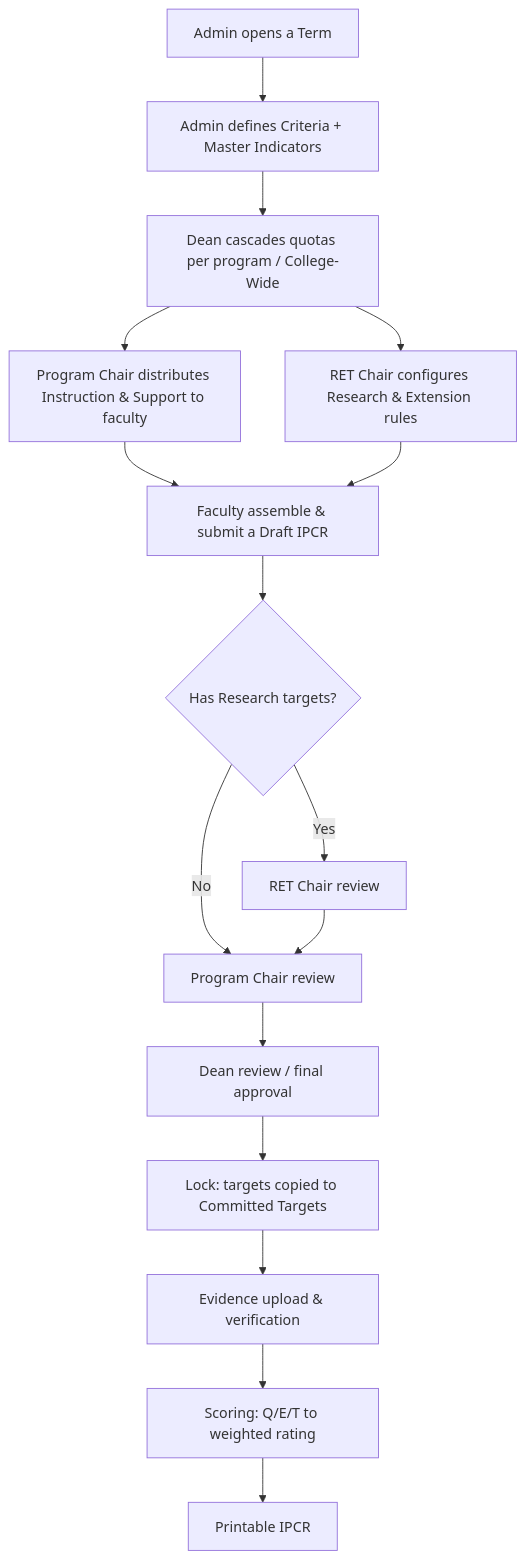
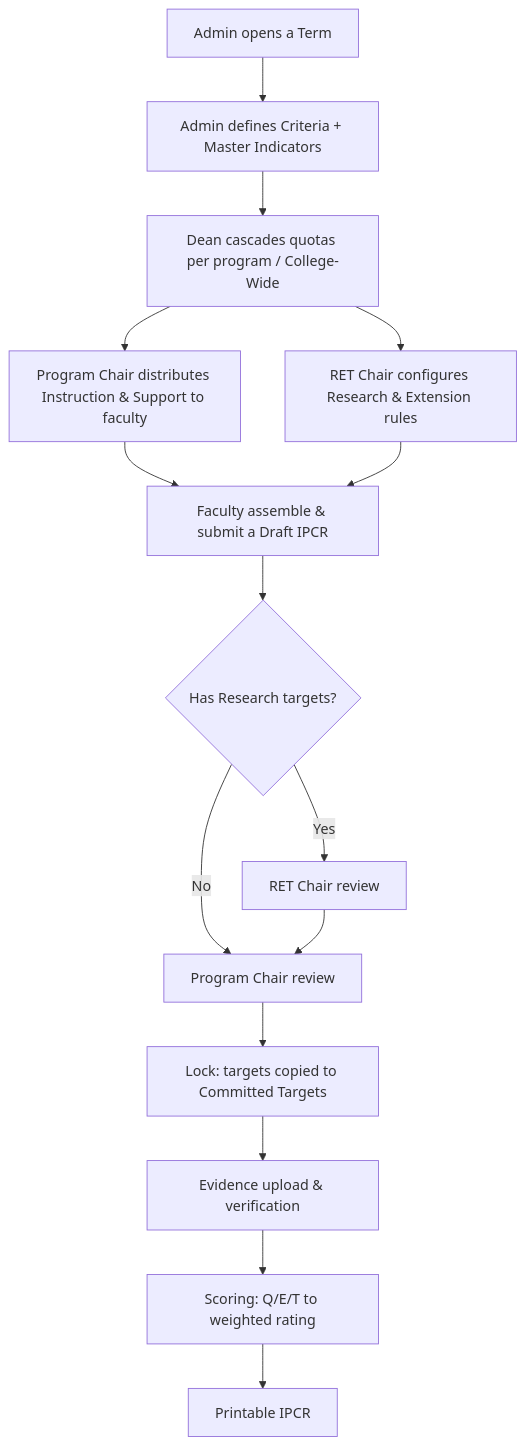
The diagram in wiki/pages/getting-started/03-how-the-system-works.md (dipcr/Management-PCR), drawn with Mermaid before and after one commit. The commit also changed other lines of this file and 11 other files, not shown here.

First line of the commit message:
Docs: clarify Dean approval flow and evidence verification responsibilities

````diff
--- a/wiki/pages/getting-started/03-how-the-system-works.md
+++ b/wiki/pages/getting-started/03-how-the-system-works.md
@@ -6,18 +6,17 @@
 ```mermaid
 flowchart TD
     A[Admin opens a Term] --> B[Admin defines Criteria + Master Indicators]
     B --> C[Dean cascades quotas per program / College-Wide]
     C --> D[Program Chair distributes Instruction & Support to faculty]
     C --> E[RET Chair configures Research & Extension rules]
     D --> F[Faculty assemble & submit a Draft IPCR]
     E --> F
     F --> G{Has Research targets?}
     G -- Yes --> H[RET Chair review]
     G -- No --> I[Program Chair review]
     H --> I
-    I --> J[Dean review / final approval]
-    J --> K[Lock: targets copied to Committed Targets]
+    I --> K[Lock: targets copied to Committed Targets]
     K --> L[Evidence upload & verification]
     L --> M[Scoring: Q/E/T to weighted rating]
     M --> N[Printable IPCR]
 ```
````
